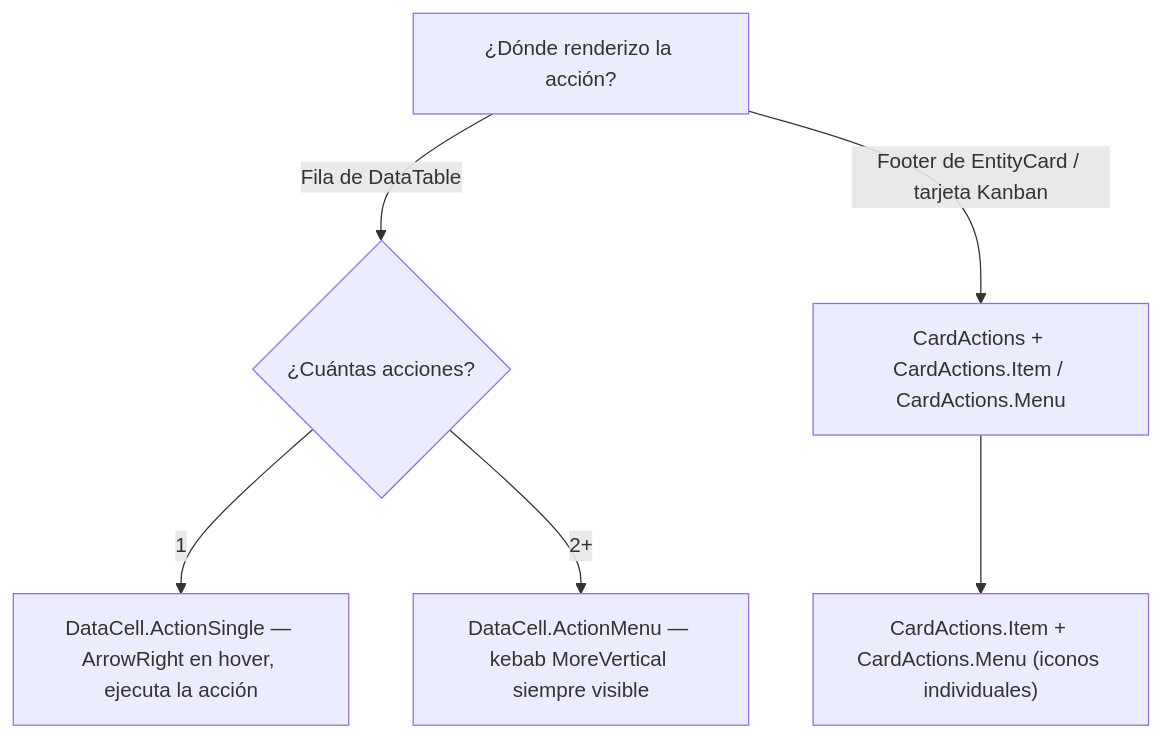
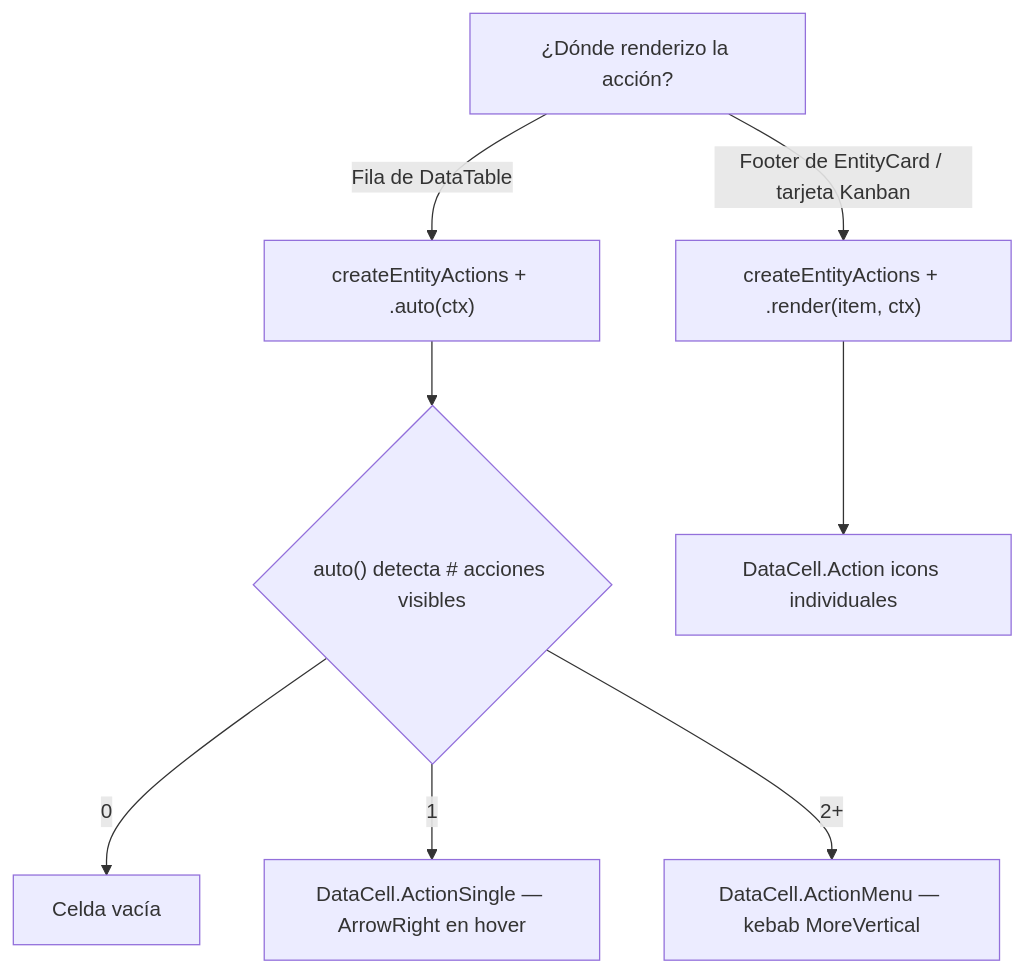
Before and after one commit to Patricoaa/ERPGrafico: the second of 6 diagrams in docs/20-contracts/component-decision-tree.md, drawn with Mermaid. The commit also changed other lines of this file and 1 other file, not shown here.

Commit message:
docs(actions): update contracts for structured data + auto-detection
- §4: auto-detection rule (auto() counts visible actions at runtime)
- §5.1: structured data pattern with auto(), conditional visibility examples
- §5.2: render() for cards (structured → JSX conversion)
- §6: new anti-patterns (manual ActionSingle/ActionMenu, .column vs .auto)
- §7: migration plan updated
- §1.5: simplified decision tree — auto() replaces manual decision

````diff
--- a/docs/20-contracts/component-decision-tree.md
+++ b/docs/20-contracts/component-decision-tree.md
@@ -35,9 +35,11 @@
 ```mermaid
 graph TD
     A["¿Dónde renderizo la acción?"]
-    A -->|"Fila de DataTable"| B{"¿Cuántas acciones?"}
-    A -->|"Footer de EntityCard / tarjeta Kanban"| C["CardActions + CardActions.Item / CardActions.Menu"]
-    B -->|"1"| D["DataCell.ActionSingle — ArrowRight en hover, ejecuta la acción"]
-    B -->|"2+"| E["DataCell.ActionMenu — kebab MoreVertical siempre visible"]
-    C --> F["CardActions.Item + CardActions.Menu (iconos individuales)"]
+    A -->|"Fila de DataTable"| B["createEntityActions + .auto(ctx)"]
+    A -->|"Footer de EntityCard / tarjeta Kanban"| C["createEntityActions + .render(item, ctx)"]
+    B --> D{"auto() detecta # acciones visibles"}
+    D -->|"0"| E["Celda vacía"]
+    D -->|"1"| F["DataCell.ActionSingle — ArrowRight en hover"]
+    D -->|"2+"| G["DataCell.ActionMenu — kebab MoreVertical"]
+    C --> H["DataCell.Action icons individuales"]
 ```
````
